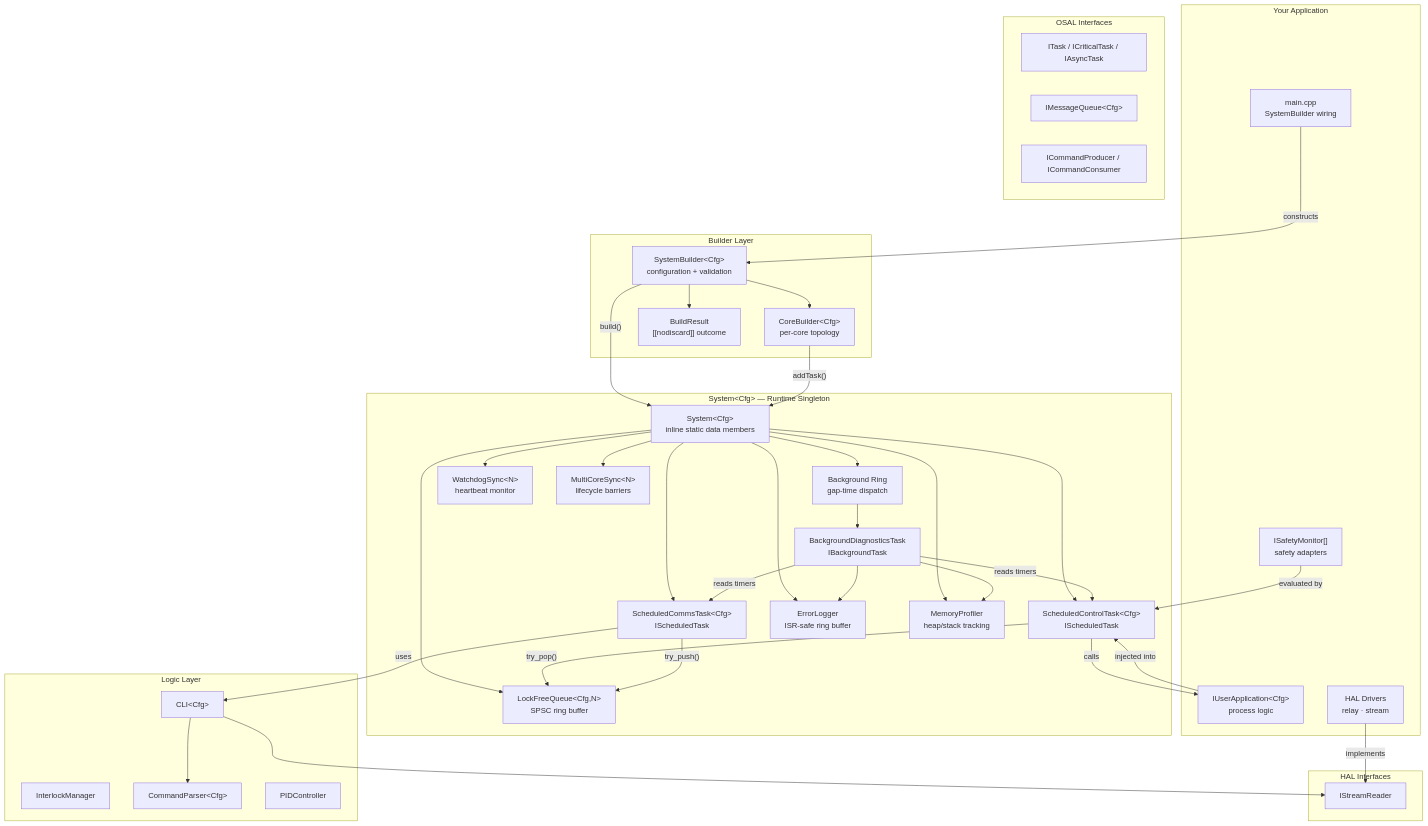
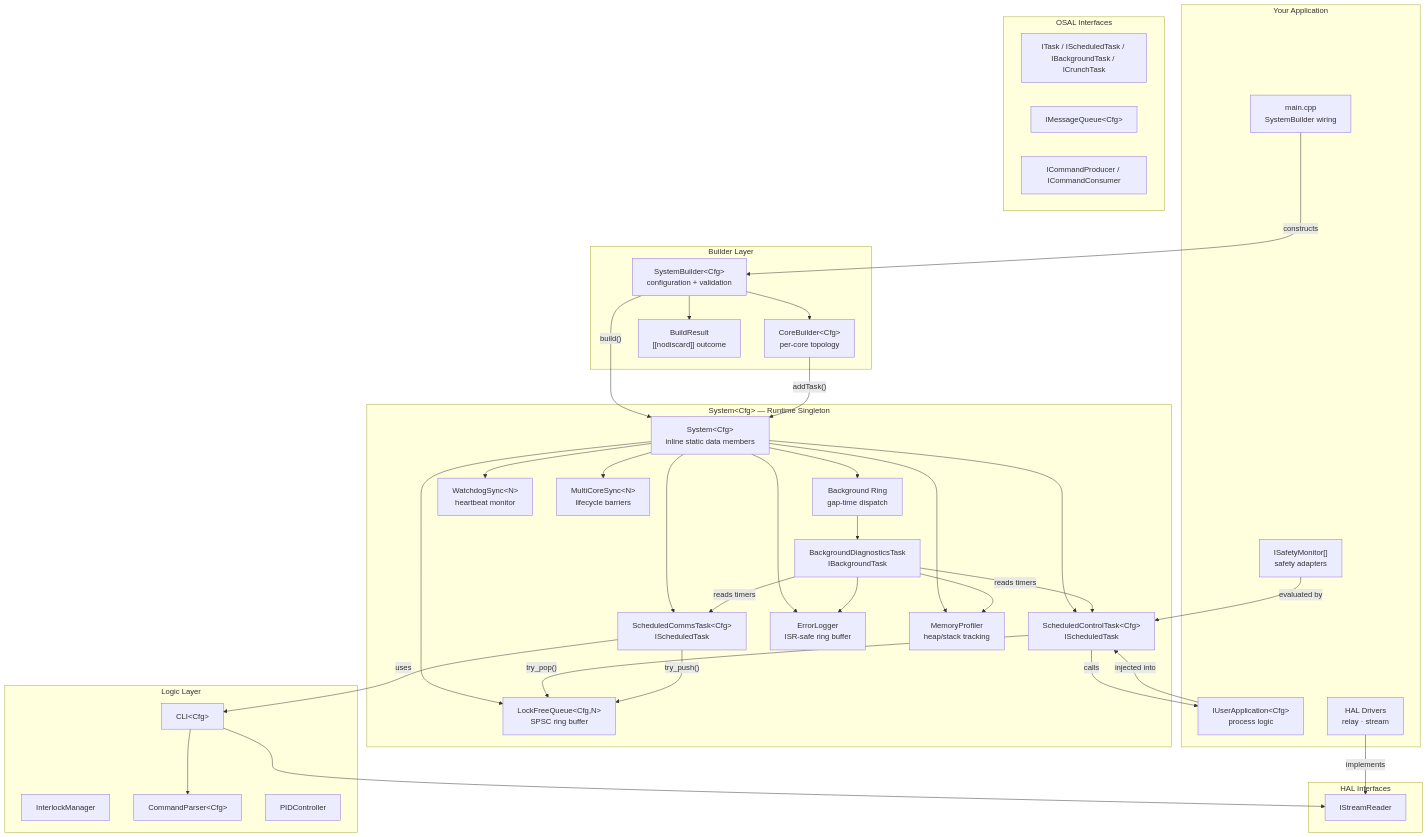
One commit to BlastermanR/SputterOS changed the first of 6 diagrams in docs/SystemArchitecture.md. Above: the diagram before and after it, drawn with Mermaid. The commit also changed other lines of this file and 16 other files, not shown here.

````diff
--- a/docs/SystemArchitecture.md
+++ b/docs/SystemArchitecture.md
@@ -11,67 +11,67 @@
 ```mermaid
 graph TB
     subgraph "Your Application"
         MAIN["main.cpp<br/>SystemBuilder wiring"]
         APP["IUserApplication&lt;Cfg&gt;<br/>process logic"]
         SAFETY["ISafetyMonitor[]<br/>safety adapters"]
         HALIMPL["HAL Drivers<br/>relay · stream"]
     end
 
     subgraph "Builder Layer"
         SB["SystemBuilder&lt;Cfg&gt;<br/>configuration + validation"]
         CB["CoreBuilder&lt;Cfg&gt;<br/>per-core topology"]
         BR["BuildResult<br/>[[nodiscard]] outcome"]
     end
 
     subgraph "System&lt;Cfg&gt; — Runtime Singleton"
         SYS["System&lt;Cfg&gt;<br/>inline static data members"]
         CT["ScheduledControlTask&lt;Cfg&gt;<br/>IScheduledTask"]
         CMT["ScheduledCommsTask&lt;Cfg&gt;<br/>IScheduledTask"]
         DT["BackgroundDiagnosticsTask<br/>IBackgroundTask"]
         BG_RING["Background Ring<br/>gap-time dispatch"]
         LFQ["LockFreeQueue&lt;Cfg,N&gt;<br/>SPSC ring buffer"]
         WD["WatchdogSync&lt;N&gt;<br/>heartbeat monitor"]
         MCS["MultiCoreSync&lt;N&gt;<br/>lifecycle barriers"]
         EL["ErrorLogger<br/>ISR-safe ring buffer"]
         MP["MemoryProfiler<br/>heap/stack tracking"]
     end
 
     subgraph "Logic Layer"
         IM["InterlockManager"]
         CP["CommandParser&lt;Cfg&gt;"]
         CLI["CLI&lt;Cfg&gt;"]
         PID["PIDController"]
     end
 
     subgraph "OSAL Interfaces"
-        IT["ITask / ICriticalTask / IAsyncTask"]
+        IT["ITask / IScheduledTask / IBackgroundTask / ICrunchTask"]
         IMQ["IMessageQueue&lt;Cfg&gt;"]
         ICP["ICommandProducer / ICommandConsumer"]
     end
 
     subgraph "HAL Interfaces"
         ISR["IStreamReader"]
     end
 
     MAIN -->|"constructs"| SB
     SB -->|"build()"| SYS
     SB --> CB
     CB -->|"addTask()"| SYS
     SB --> BR
 
     APP -->|"injected into"| CT
     SAFETY -->|"evaluated by"| CT
     HALIMPL -->|"implements"| ISR
 
     SYS --> CT & CMT & BG_RING & LFQ & WD & MCS & EL & MP
     BG_RING --> DT
     CT -->|"try_pop()"| LFQ
     CMT -->|"try_push()"| LFQ
     DT -->|"reads timers"| CT & CMT
     DT --> EL & MP
 
     CT -->|"calls"| APP
     CMT -->|"uses"| CLI
     CLI --> CP
     CLI --> ISR
 ```
````
